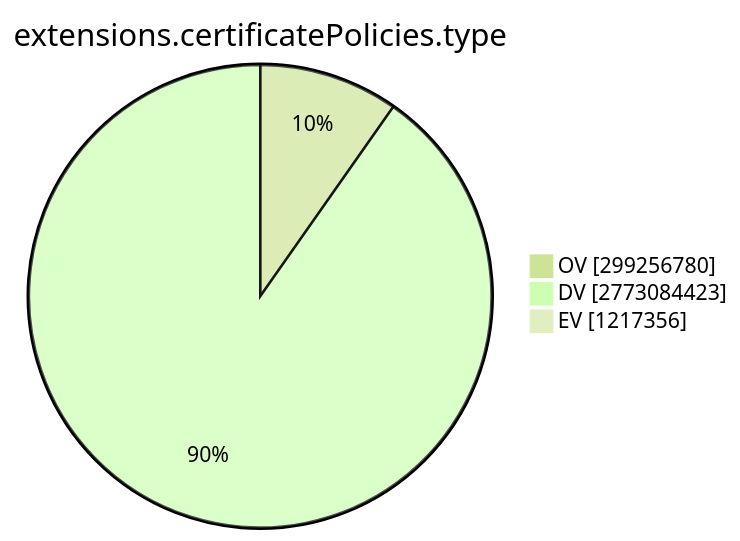
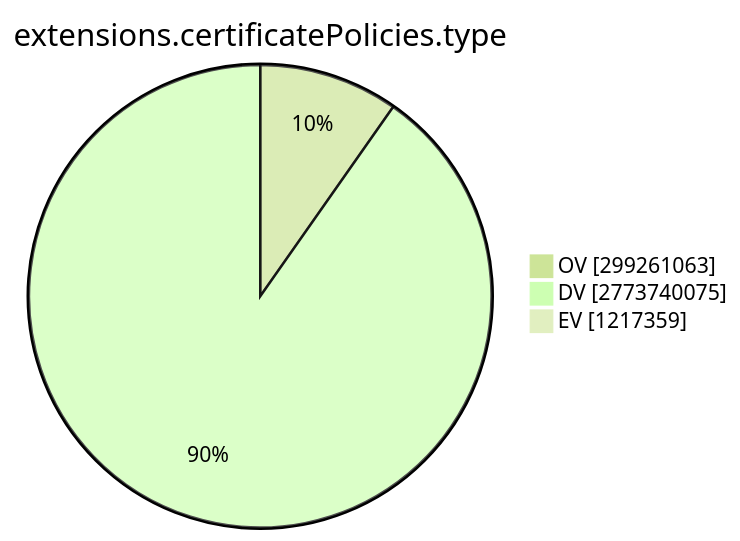
The ninth of 15 diagrams in TOTAL/README.md (christiankrug/ctmonitor_visualization), drawn with Mermaid (forest theme) before and after one commit. The commit also changed other lines of this file, not shown here.

````diff
--- a/TOTAL/README.md
+++ b/TOTAL/README.md
@@ -3101,7 +3101,7 @@
 ```mermaid
 pie showData
 title extensions.certificatePolicies.type
-"OV" :299256780
-"DV" :2773084423
-"EV" :1217356
+"OV" :299261063
+"DV" :2773740075
+"EV" :1217359
 ```
````
